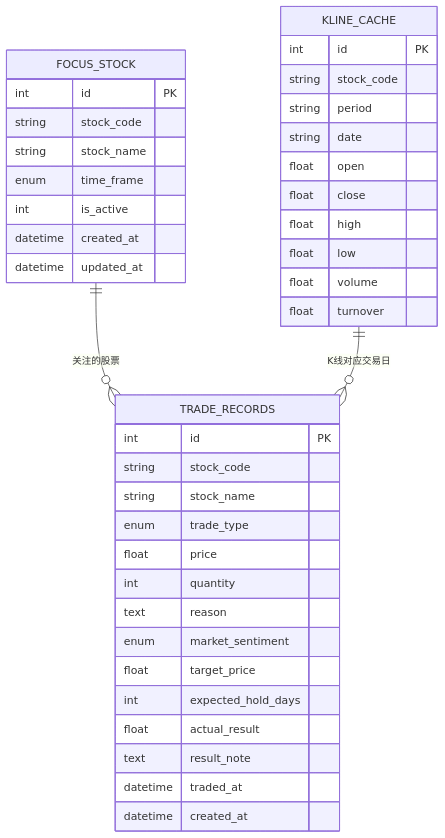
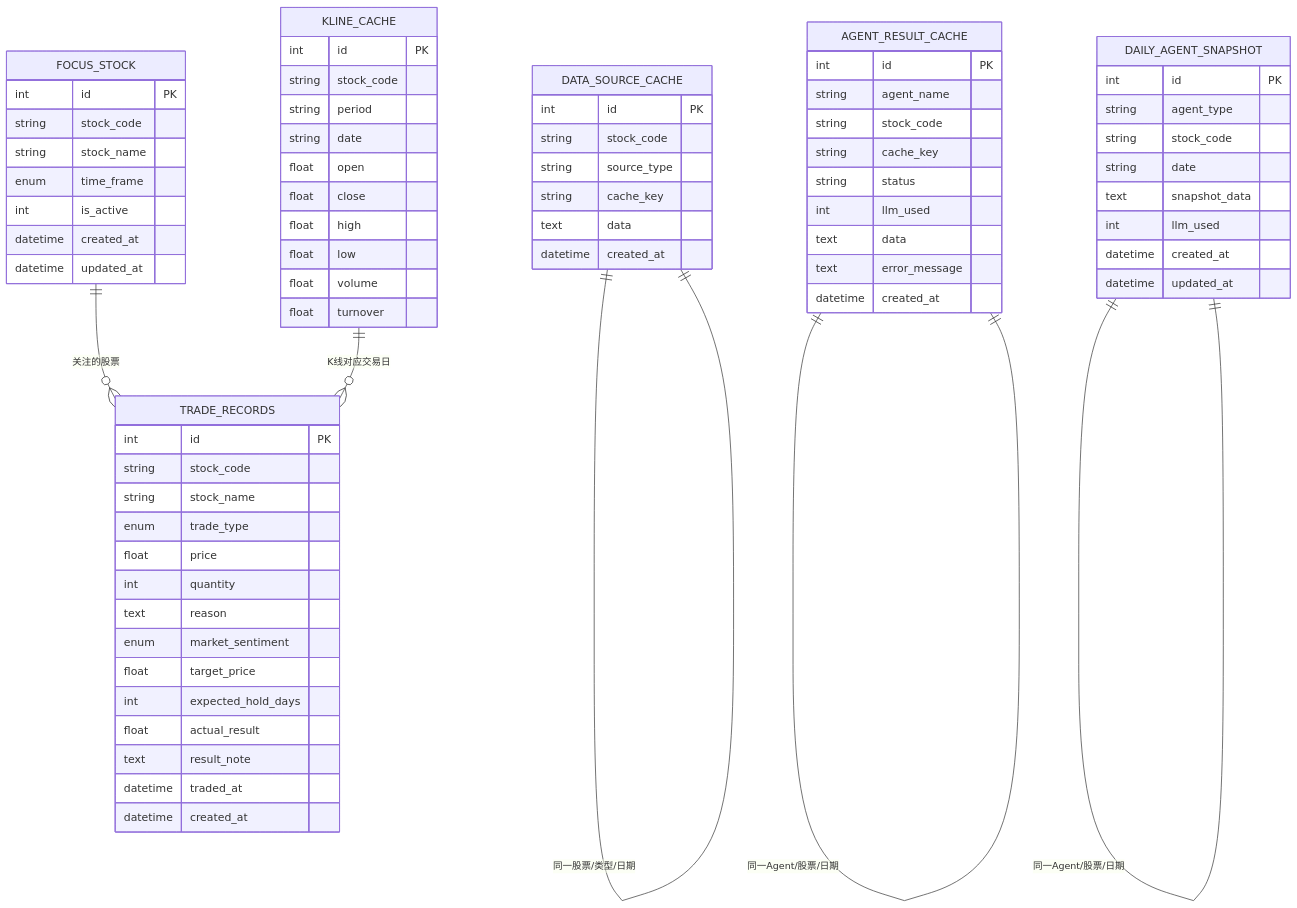
The fifth of 12 diagrams in .qoder/repowiki/zh/content/架构设计/数据流设计.md (Moruime/stock_foker), drawn with Mermaid before and after one commit. The commit also changed other lines of this file and 12 other files, not shown here.

````diff
--- a/.qoder/repowiki/zh/content/架构设计/数据流设计.md
+++ b/.qoder/repowiki/zh/content/架构设计/数据流设计.md
@@ -272,42 +343,74 @@
 ```mermaid
 erDiagram
 FOCUS_STOCK {
 int id PK
 string stock_code
 string stock_name
 enum time_frame
 int is_active
 datetime created_at
 datetime updated_at
 }
 TRADE_RECORDS {
 int id PK
 string stock_code
 string stock_name
 enum trade_type
 float price
 int quantity
 text reason
 enum market_sentiment
 float target_price
 int expected_hold_days
 float actual_result
 text result_note
 datetime traded_at
 datetime created_at
 }
 KLINE_CACHE {
 int id PK
 string stock_code
 string period
 string date
 float open
 float close
 float high
 float low
 float volume
 float turnover
 }
+DATA_SOURCE_CACHE {
+int id PK
+string stock_code
+string source_type
+string cache_key
+text data
+datetime created_at
+}
+AGENT_RESULT_CACHE {
+int id PK
+string agent_name
+string stock_code
+string cache_key
+string status
+int llm_used
+text data
+text error_message
+datetime created_at
+}
+DAILY_AGENT_SNAPSHOT {
+int id PK
+string agent_type
+string stock_code
+string date
+text snapshot_data
+int llm_used
+datetime created_at
+datetime updated_at
+}
 FOCUS_STOCK ||--o{ TRADE_RECORDS : "关注的股票"
 KLINE_CACHE ||--o{ TRADE_RECORDS : "K线对应交易日"
+DATA_SOURCE_CACHE ||--|| DATA_SOURCE_CACHE : "同一股票/类型/日期"
+AGENT_RESULT_CACHE ||--|| AGENT_RESULT_CACHE : "同一Agent/股票/日期"
+DAILY_AGENT_SNAPSHOT ||--|| DAILY_AGENT_SNAPSHOT : "同一Agent/股票/日期"
 ```
````
